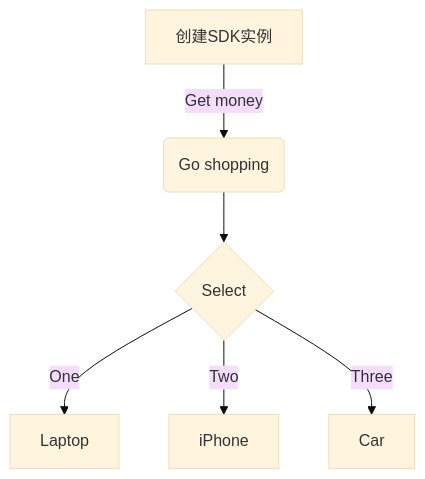
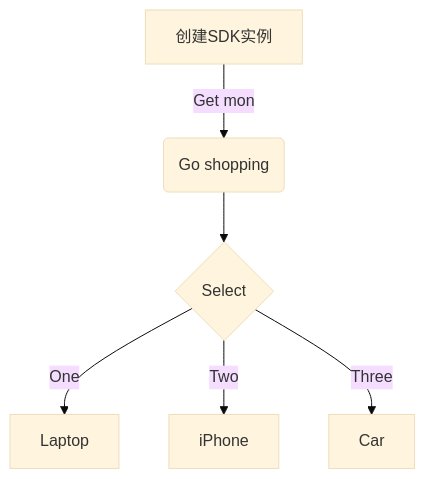
The diagram in all/未命名.md (Utekichan/iodraw-files), drawn with Mermaid (base theme) before and after one commit.

Commit message:
2024-03-30 22:00:14 update

````diff
--- a/all/未命名.md
+++ b/all/未命名.md
@@ -1,9 +1,9 @@
 ```mermaid
 graph TD
-    A[创建SDK实例] -->|Get money| B(Go shopping)
+    A[创建SDK实例] -->|Get mon| B(Go shopping)
     B --> C{Select}
     C -->|One| D[Laptop]
     C -->|Two| E[iPhone]
     C -->|Three| F[Car]
   
 ```
````
